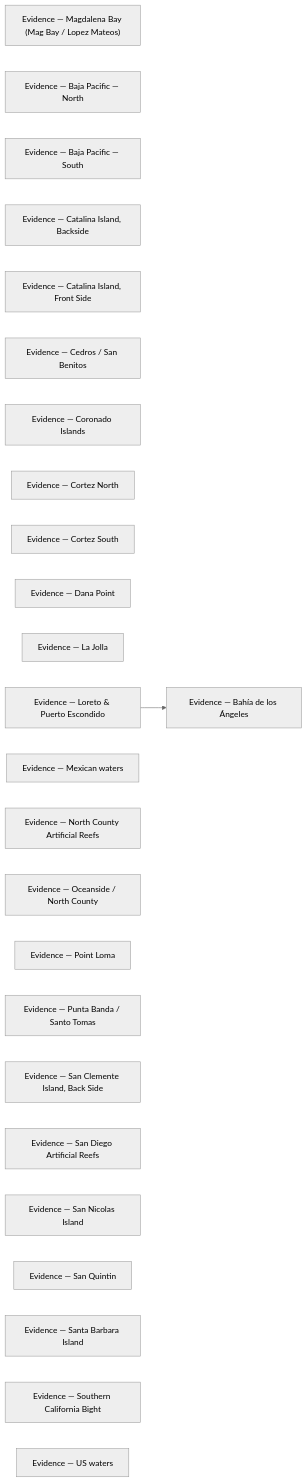
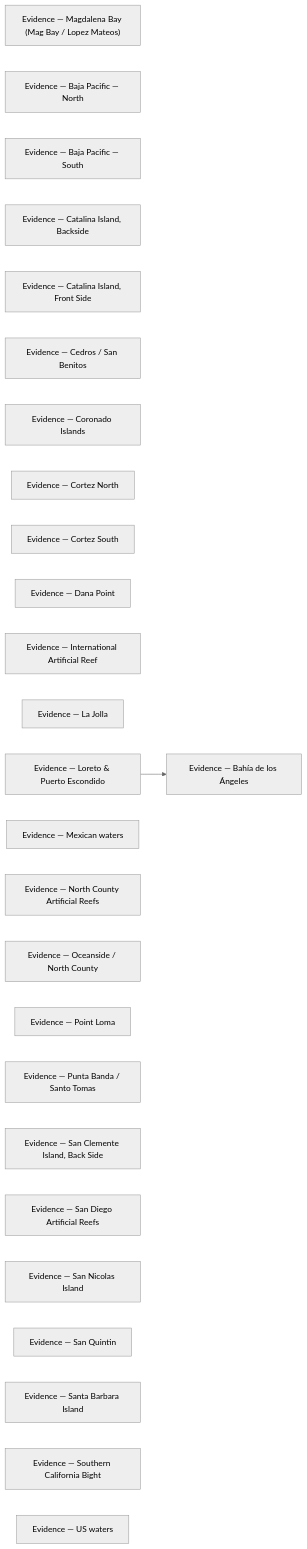
Before and after one commit to camchuckpete-max/Socal-Fishing-Knowledge: the diagram in locations/evidence/README.md, drawn with Mermaid (neutral theme). The commit also changed other lines of this file and 19 other files, not shown here.

Commit message:
review: locations/international-artificial-reef.md — geo

````diff
--- a/locations/evidence/README.md
+++ b/locations/evidence/README.md
@@ -38,29 +39,30 @@
 ```mermaid
 graph LR
   n0["Evidence — Bahía de los Ángeles"]
   n1["Evidence — Magdalena Bay (Mag Bay / Lopez Mateos)"]
   n2["Evidence — Baja Pacific — North"]
   n3["Evidence — Baja Pacific — South"]
   n4["Evidence — Catalina Island, Backside"]
   n5["Evidence — Catalina Island, Front Side"]
   n6["Evidence — Cedros / San Benitos"]
   n7["Evidence — Coronado Islands"]
   n8["Evidence — Cortez North"]
   n9["Evidence — Cortez South"]
   n10["Evidence — Dana Point"]
-  n11["Evidence — La Jolla"]
-  n12["Evidence — Loreto & Puerto Escondido"]
-  n13["Evidence — Mexican waters"]
-  n14["Evidence — North County Artificial Reefs"]
-  n15["Evidence — Oceanside / North County"]
-  n16["Evidence — Point Loma"]
-  n17["Evidence — Punta Banda / Santo Tomas"]
-  n18["Evidence — San Clemente Island, Back Side"]
-  n19["Evidence — San Diego Artificial Reefs"]
-  n20["Evidence — San Nicolas Island"]
-  n21["Evidence — San Quintin"]
-  n22["Evidence — Santa Barbara Island"]
-  n23["Evidence — Southern California Bight"]
-  n24["Evidence — US waters"]
-  n12 --> n0
+  n11["Evidence — International Artificial Reef"]
+  n12["Evidence — La Jolla"]
+  n13["Evidence — Loreto & Puerto Escondido"]
+  n14["Evidence — Mexican waters"]
+  n15["Evidence — North County Artificial Reefs"]
+  n16["Evidence — Oceanside / North County"]
+  n17["Evidence — Point Loma"]
+  n18["Evidence — Punta Banda / Santo Tomas"]
+  n19["Evidence — San Clemente Island, Back Side"]
+  n20["Evidence — San Diego Artificial Reefs"]
+  n21["Evidence — San Nicolas Island"]
+  n22["Evidence — San Quintin"]
+  n23["Evidence — Santa Barbara Island"]
+  n24["Evidence — Southern California Bight"]
+  n25["Evidence — US waters"]
+  n13 --> n0
 ```
````
